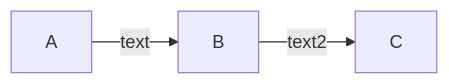
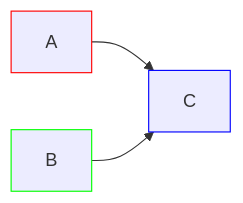
One commit to emanuelef/test-pod-debugging changed the diagram in blocks_chart.md. Above: the diagram before and after it, drawn with Mermaid.

Commit message:
test graph

````diff
--- a/blocks_chart.md
+++ b/blocks_chart.md
@@ -1,4 +1,7 @@
 ```mermaid
 flowchart LR
-   A -- text --> B -- text2 --> C
+    A:::foo & B:::bar --> C:::foobar
+    classDef foo stroke:#f00
+    classDef bar stroke:#0f0
+    classDef foobar stroke:#00f
 ```
````
